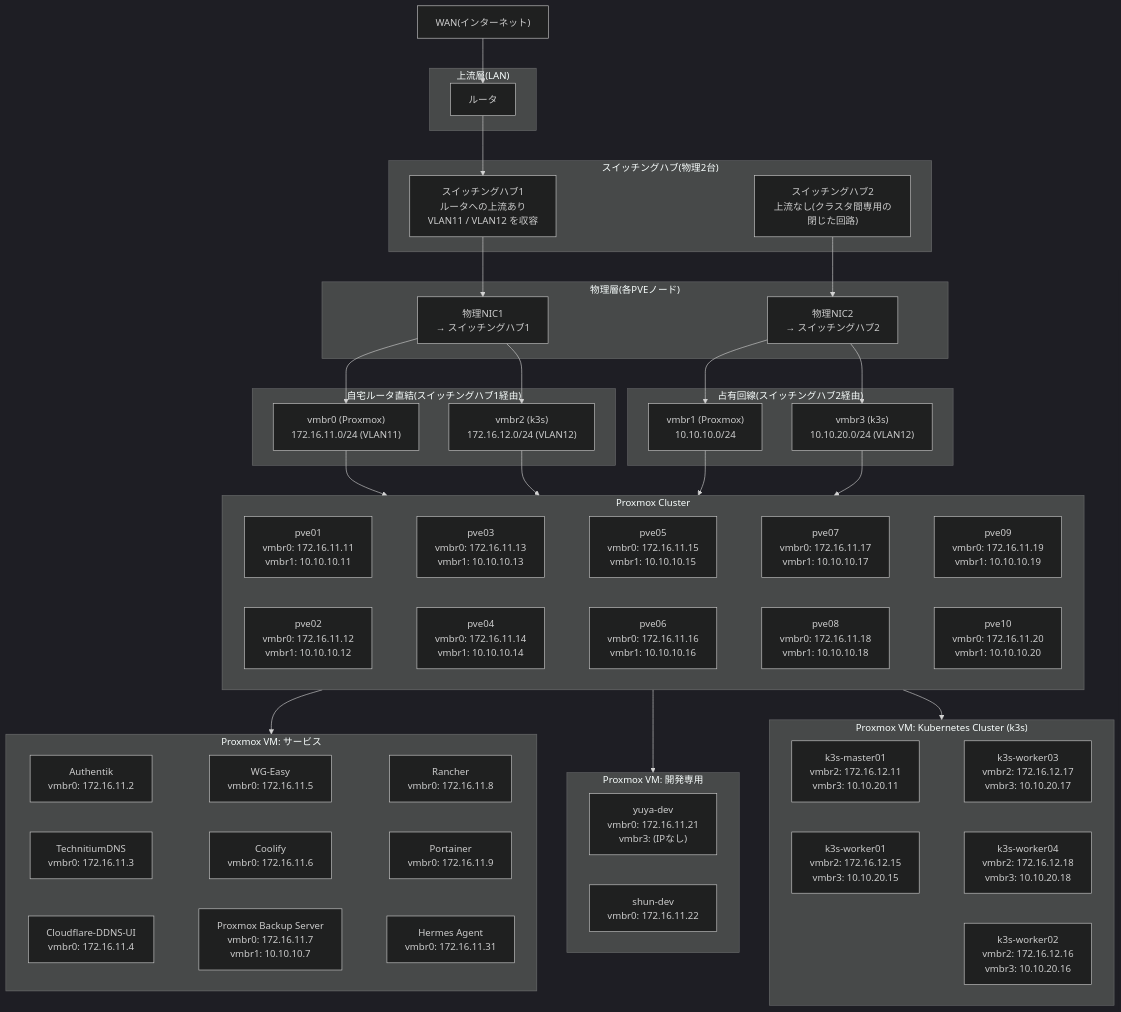
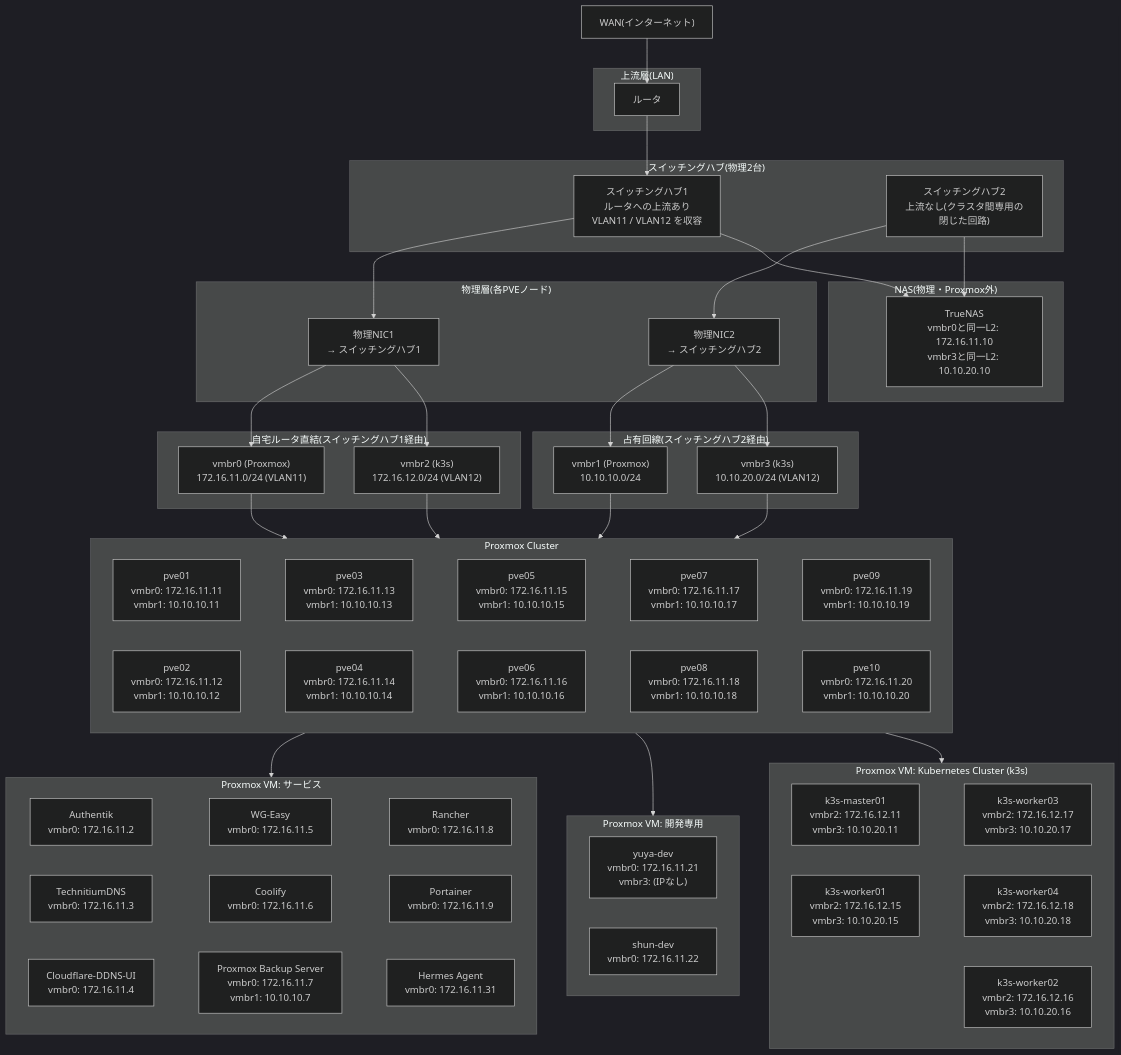
Before and after one commit to CHACCHAN/infrastructure: the first of 2 diagrams in infrastructure.md, drawn with Mermaid (dark theme). The commit also changed other lines of this file and 109 other files, not shown here.

```diff
--- a/infrastructure.md
+++ b/infrastructure.md
@@ -77,10 +77,16 @@
     k3s02 ~~~ k3s05
   end
 
+  subgraph nas_group["NAS(物理・Proxmox外)"]
+    truenas["TrueNAS<br>vmbr0と同一L2: 172.16.11.10<br>vmbr3と同一L2: 10.10.20.10"]
+  end
+
   WAN --> ROUTER
   ROUTER --> SW1
   SW1 --> NIC1
   SW2 --> NIC2
+  SW1 --> truenas
+  SW2 --> truenas
   NIC1 --> vmbr0 & vmbr2
   NIC2 --> vmbr1 & vmbr3
   vmbr0 & vmbr1 & vmbr2 & vmbr3 --> pve_group
```
